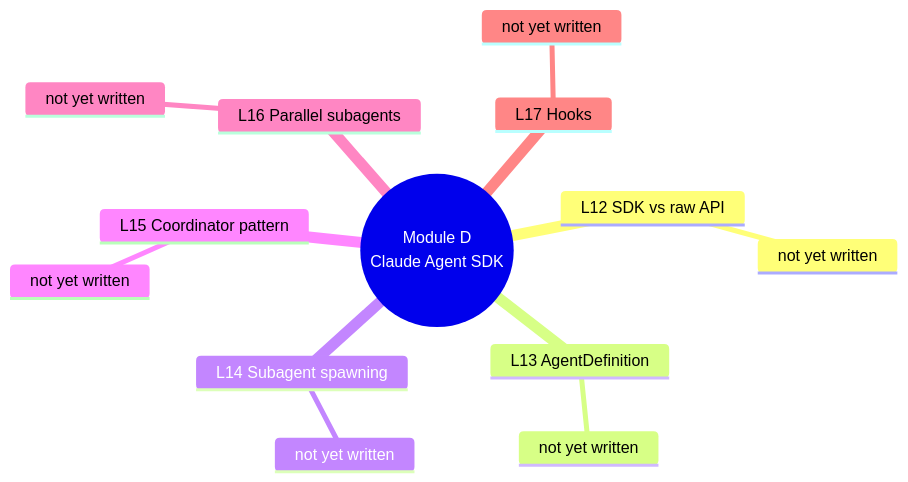
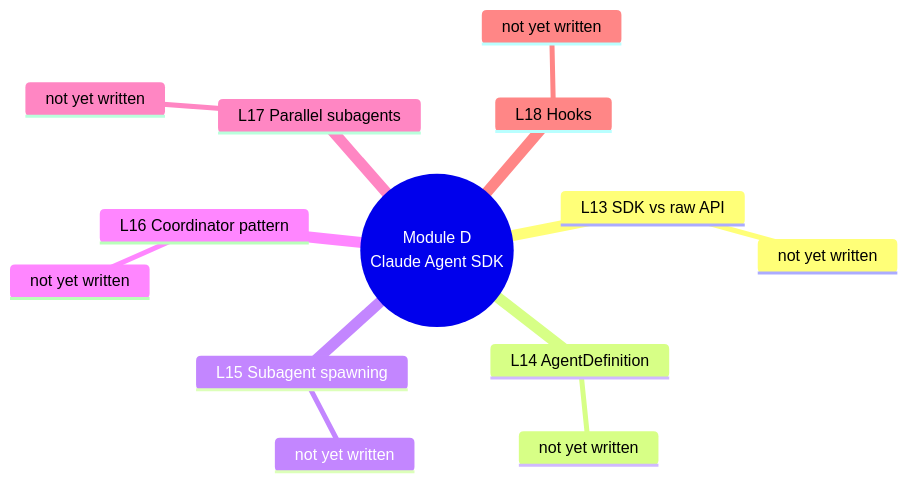
One commit to richierob62/claude-code-architect changed the fifth of 10 diagrams in mindmap.md. Above: the diagram before and after it, drawn with Mermaid. The commit also changed other lines of this file and 3 other files, not shown here.

````diff
--- a/mindmap.md
+++ b/mindmap.md
@@ -145,16 +164,16 @@
 ```mermaid
 mindmap
   root((Module D<br/>Claude Agent SDK))
-    L12 SDK vs raw API
+    L13 SDK vs raw API
       not yet written
-    L13 AgentDefinition
+    L14 AgentDefinition
       not yet written
-    L14 Subagent spawning
+    L15 Subagent spawning
       not yet written
-    L15 Coordinator pattern
+    L16 Coordinator pattern
       not yet written
-    L16 Parallel subagents
+    L17 Parallel subagents
       not yet written
-    L17 Hooks
+    L18 Hooks
       not yet written
 ```
````
